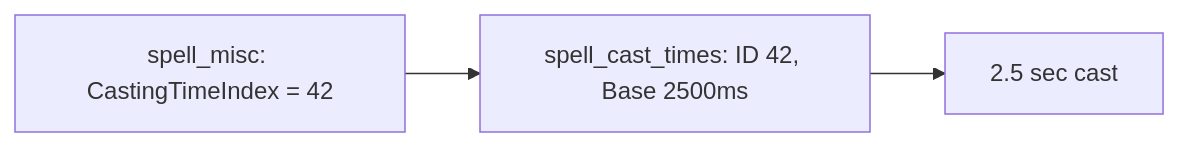
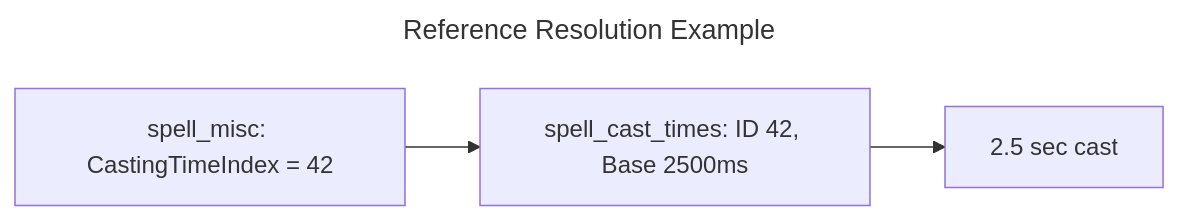
The fourth of 5 diagrams in apps/portal-new/src/content/docs/reference/01-data-model.md (legacy3/wowlab), drawn with Mermaid before and after one commit. The commit also changed other lines of this file and 19 other files, not shown here.

````diff
--- a/apps/portal-new/src/content/docs/reference/01-data-model.md
+++ b/apps/portal-new/src/content/docs/reference/01-data-model.md
@@ -106,4 +115,7 @@
 ```mermaid
+---
+title: Reference Resolution Example
+---
 flowchart LR
     A["spell_misc: CastingTimeIndex = 42"] --> B["spell_cast_times: ID 42, Base 2500ms"] --> C["2.5 sec cast"]
 ```
````
